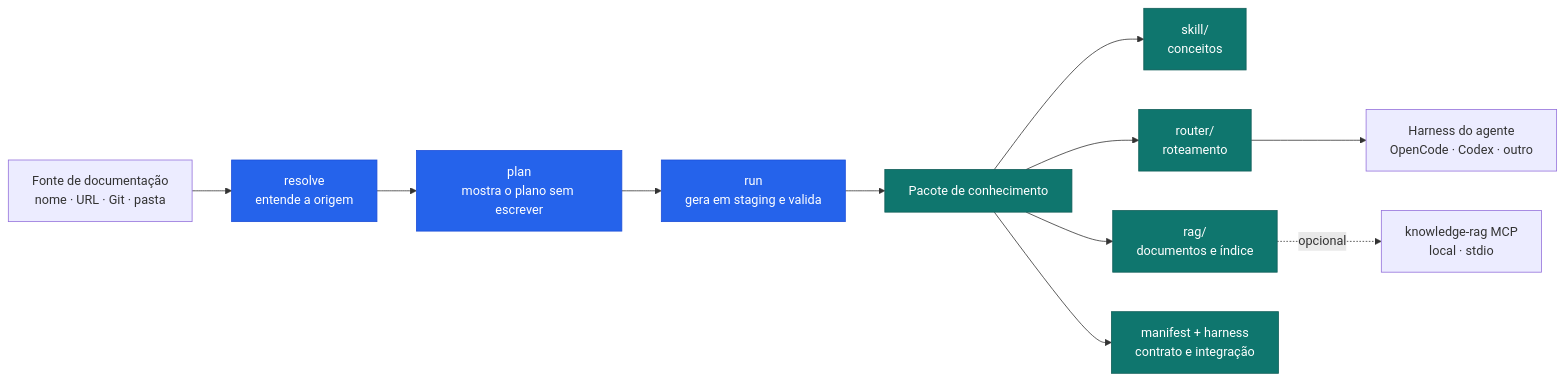
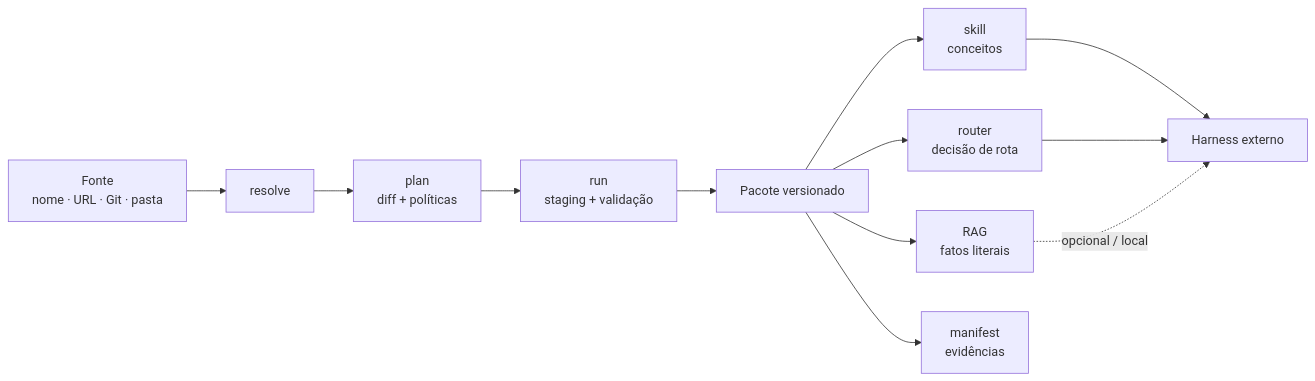
One commit to VIDORETTO/agent-knowledge-kit changed the diagram in README.md. Above: the diagram before and after it, drawn with Mermaid. The commit also changed other lines of this file and 1 other file, not shown here.

````diff
--- a/README.md
+++ b/README.md
@@ -92,18 +202,14 @@
-```mermaid
+~~~mermaid
 flowchart LR
-    A["Fonte de documentação<br/>nome · URL · Git · pasta"] --> B["resolve<br/>entende a origem"]
-    B --> C["plan<br/>mostra o plano sem escrever"]
-    C --> D["run<br/>gera em staging e valida"]
-    D --> E["Pacote de conhecimento"]
-    E --> E1["skill/<br/>conceitos"]
-    E --> E2["router/<br/>roteamento"]
-    E --> E3["rag/<br/>documentos e índice"]
-    E --> E4["manifest + harness<br/>contrato e integração"]
-    E2 --> F["Harness do agente<br/>OpenCode · Codex · outro"]
-    E3 -. opcional .-> G["knowledge-rag MCP<br/>local · stdio"]
-
-    classDef main fill:#2563eb,color:#fff,stroke:#1d4ed8;
-    classDef output fill:#0f766e,color:#fff,stroke:#115e59;
-    class B,C,D main;
-    class E,E1,E2,E3,E4 output;
-```
+    A["Fonte<br/>nome · URL · Git · pasta"] --> B["resolve"]
+    B --> C["plan<br/>diff + políticas"]
+    C --> D["run<br/>staging + validação"]
+    D --> E["Pacote versionado"]
+    E --> S["skill<br/>conceitos"]
+    E --> R["router<br/>decisão de rota"]
+    E --> G["RAG<br/>fatos literais"]
+    E --> M["manifest<br/>evidências"]
+    S --> H["Harness externo"]
+    R --> H
+    G -. opcional / local .-> H
+~~~
````
